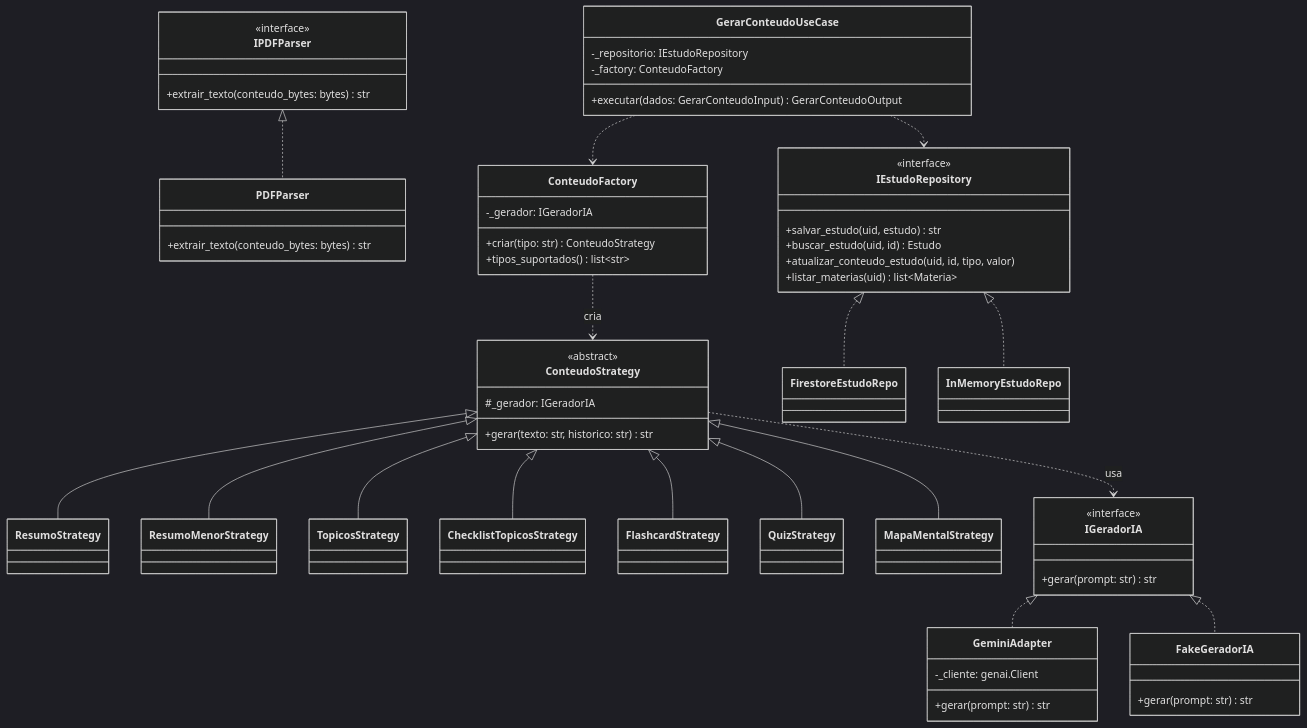
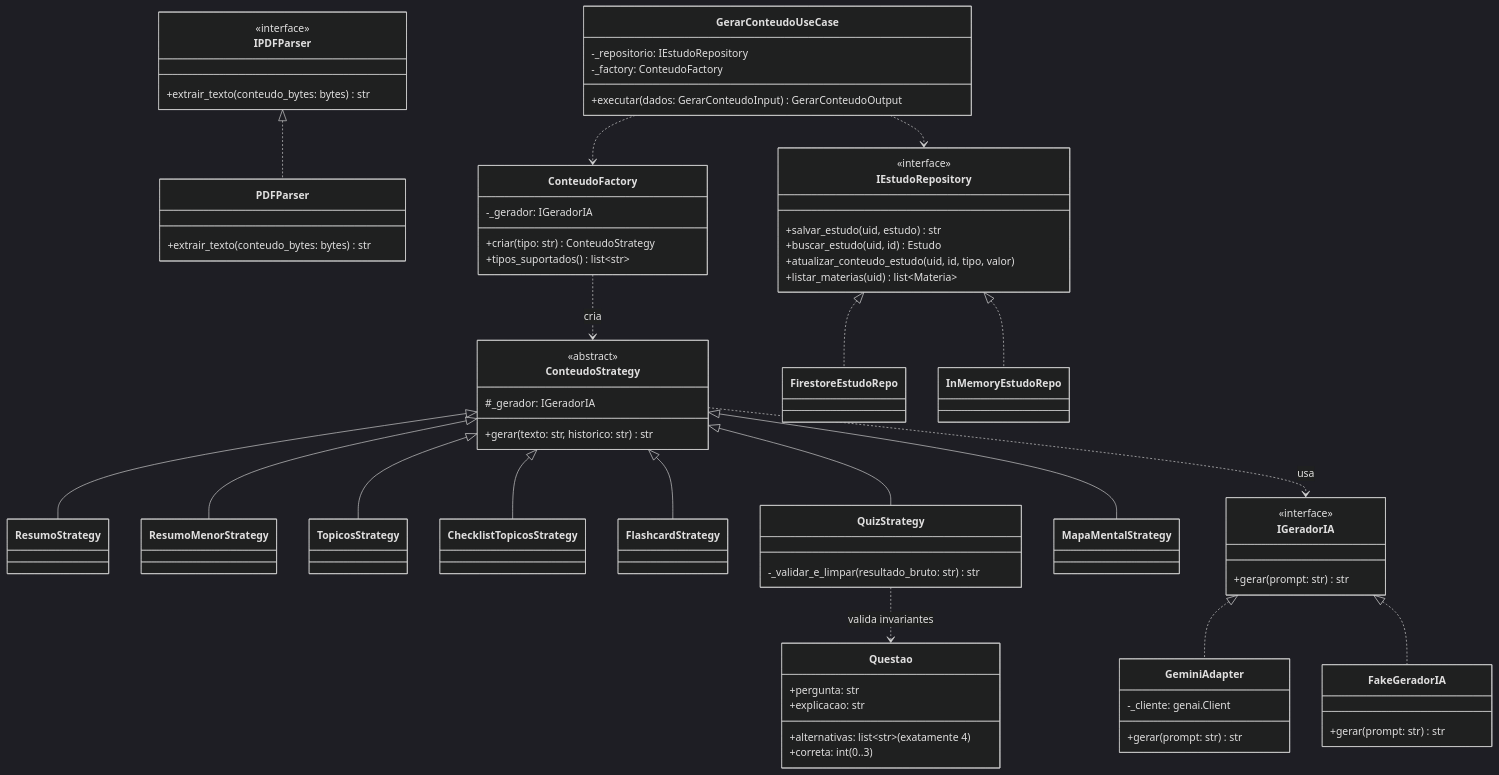
The diagram in diagrams/classes-gof.md (lipeleoneli/primestudy-architecture), drawn with Mermaid (dark theme) before and after one commit. The commit also changed 16 other files, not shown here.

Commit message:
Add: Testes e diagramas

````diff
--- a/diagrams/classes-gof.md
+++ b/diagrams/classes-gof.md
@@ -16,7 +16,9 @@
     class TopicosStrategy
     class ChecklistTopicosStrategy
     class FlashcardStrategy
-    class QuizStrategy
+    class QuizStrategy {
+        -_validar_e_limpar(resultado_bruto: str) str
+    }
     class MapaMentalStrategy
     ConteudoStrategy <|-- ResumoStrategy
     ConteudoStrategy <|-- ResumoMenorStrategy
@@ -80,4 +82,13 @@
     GerarConteudoUseCase ..> ConteudoFactory
     GerarConteudoUseCase ..> IEstudoRepository
     ConteudoStrategy ..> IGeradorIA : usa
+
+    %% ───────── ENTIDADE DE DOMÍNIO valida o quiz ─────────
+    class Questao {
+        +pergunta: str
+        +alternativas: list~str~ (exatamente 4)
+        +correta: int (0..3)
+        +explicacao: str
+    }
+    QuizStrategy ..> Questao : valida invariantes
 ```
````
